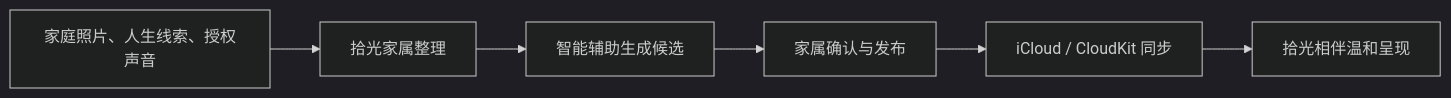
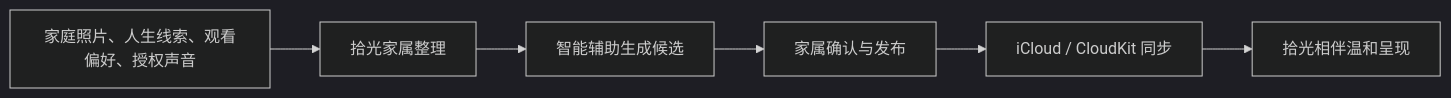
The first of 2 diagrams in README.md (FlyLow24/ReLight), drawn with Mermaid (dark theme) before and after one commit. The commit also changed other lines of this file, not shown here.

````diff
--- a/README.md
+++ b/README.md
@@ -61,8 +65,8 @@
 ```mermaid
 flowchart LR
-    A[家庭照片、人生线索、授权声音] --> B[拾光家属整理]
+    A[家庭照片、人生线索、观看偏好、授权声音] --> B[拾光家属整理]
     B --> C[智能辅助生成候选]
     C --> D[家属确认与发布]
     D --> E[iCloud / CloudKit 同步]
     E --> F[拾光相伴温和呈现]
 ```
````
